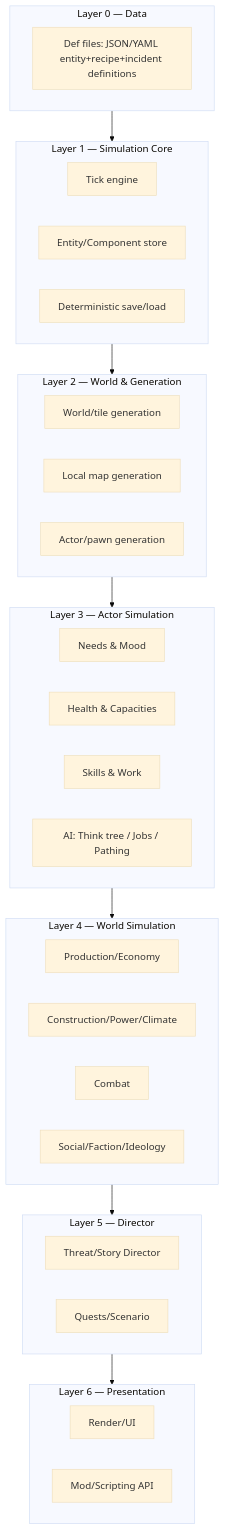
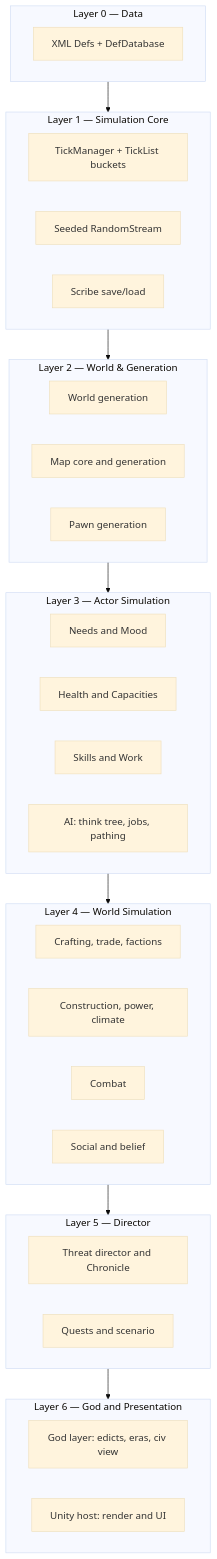
Before and after one commit to m2windham/simWorld: the first of 8 diagrams in docs/spec/simworld-spec.md, drawn with Mermaid (base theme). The commit also changed other lines of this file and 2 other files, not shown here.

````diff
--- a/docs/spec/simworld-spec.md
+++ b/docs/spec/simworld-spec.md
@@ -16,38 +21,38 @@
 ```mermaid
 flowchart TB
   subgraph L0[Layer 0 — Data]
-    Defs[Def files: JSON/YAML entity+recipe+incident definitions]
+    Defs[XML Defs + DefDatabase]
   end
   subgraph L1[Layer 1 — Simulation Core]
-    Tick[Tick engine]
-    ECS[Entity/Component store]
-    Save[Deterministic save/load]
+    Tick[TickManager + TickList buckets]
+    Rand[Seeded RandomStream]
+    Scribe[Scribe save/load]
   end
   subgraph L2[Layer 2 — World & Generation]
-    WorldGen[World/tile generation]
-    MapGen[Local map generation]
-    ActorGen[Actor/pawn generation]
+    WorldGen[World generation]
+    MapGen[Map core and generation]
+    PawnGen[Pawn generation]
   end
   subgraph L3[Layer 3 — Actor Simulation]
-    Needs[Needs & Mood]
-    Health[Health & Capacities]
-    Skills[Skills & Work]
-    AI[AI: Think tree / Jobs / Pathing]
+    Needs[Needs and Mood]
+    Health[Health and Capacities]
+    Skills[Skills and Work]
+    AI[AI: think tree, jobs, pathing]
   end
   subgraph L4[Layer 4 — World Simulation]
-    Economy[Production/Economy]
-    Building[Construction/Power/Climate]
+    Economy[Crafting, trade, factions]
+    Building[Construction, power, climate]
     Combat[Combat]
-    Social[Social/Faction/Ideology]
+    Social[Social and belief]
   end
   subgraph L5[Layer 5 — Director]
-    Director[Threat/Story Director]
-    Quests[Quests/Scenario]
+    Director[Threat director and Chronicle]
+    Quests[Quests and scenario]
   end
-  subgraph L6[Layer 6 — Presentation]
-    Render[Render/UI]
-    ModAPI[Mod/Scripting API]
+  subgraph L6[Layer 6 — God and Presentation]
+    God[God layer: edicts, eras, civ view]
+    Render[Unity host: render and UI]
   end
 
   L0 --> L1 --> L2 --> L3 --> L4 --> L5 --> L6
 ```
````
